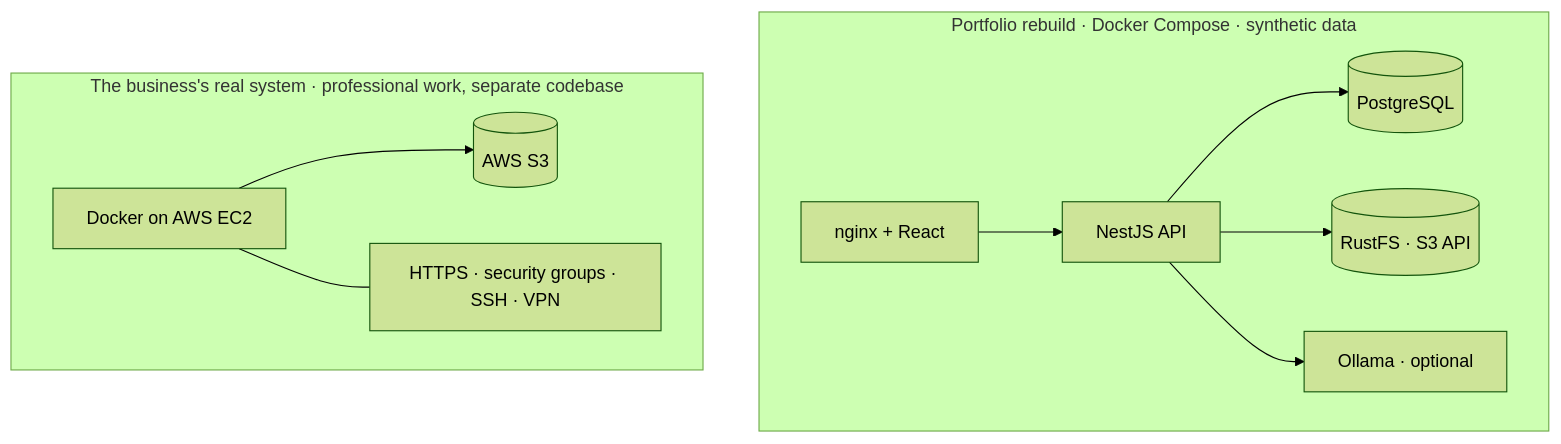
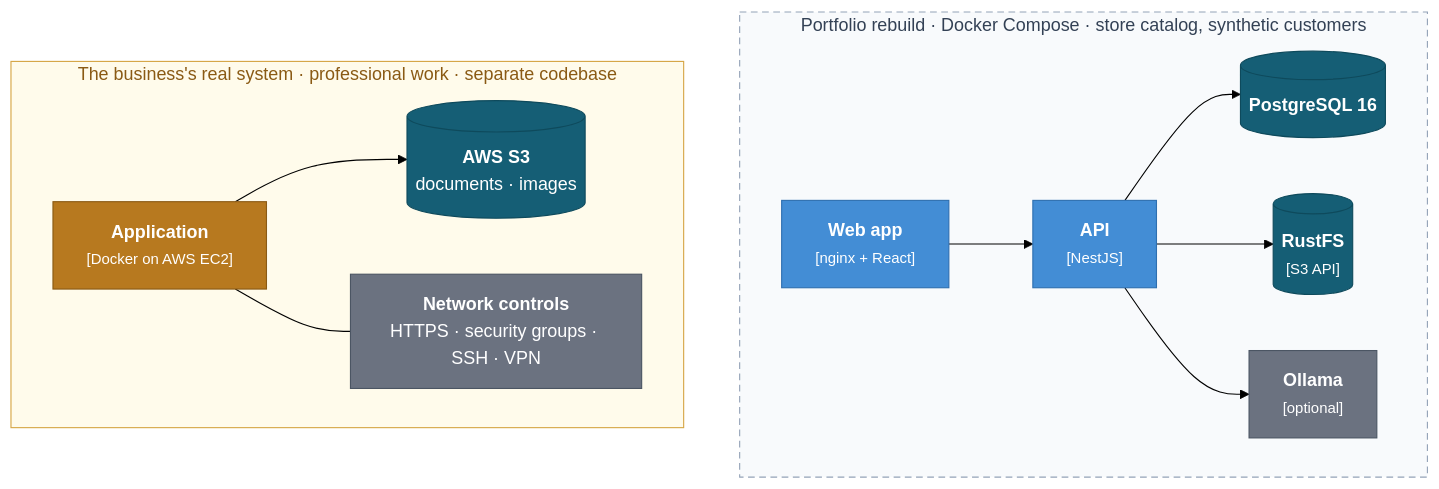
Before and after one commit to vzuliani97/vzuliani97.github.io: the diagram in diagrams/yamesi-deployment.mmd, drawn with Mermaid (forest theme). The commit also changed 12 other files, not shown here.

First line of the commit message:
feat: C4-style architecture diagrams (Mermaid, custom theme) for all three projects

```diff
--- a/diagrams/yamesi-deployment.mmd
+++ b/diagrams/yamesi-deployment.mmd
@@ -1,10 +1,22 @@
 flowchart TB
-  subgraph local["Portfolio rebuild · Docker Compose · synthetic data"]
-    n1["nginx + React"] --> a1["NestJS API"] --> p1[("PostgreSQL")]
-    a1 --> r1[("RustFS · S3 API")]
-    a1 --> o1["Ollama · optional"]
+  subgraph local["Portfolio rebuild · Docker Compose · store catalog, synthetic customers"]
+    direction LR
+    n1["<b>Web app</b><br/><small>[nginx + React]</small>"]:::container --> a1["<b>API</b><br/><small>[NestJS]</small>"]:::container
+    a1 --> p1[("<b>PostgreSQL 16</b>")]:::store
+    a1 --> r1[("<b>RustFS</b><br/><small>[S3 API]</small>")]:::store
+    a1 --> o1["<b>Ollama</b><br/><small>[optional]</small>"]:::external
   end
-  subgraph prod["The business's real system · professional work, separate codebase"]
-    e1["Docker on AWS EC2"] --> s1[("AWS S3")]
-    e1 --- net["HTTPS · security groups · SSH · VPN"]
+  subgraph prod["The business's real system · professional work · separate codebase"]
+    direction LR
+    e1["<b>Application</b><br/><small>[Docker on AWS EC2]</small>"]:::system --> s1[("<b>AWS S3</b><br/>documents · images")]:::store
+    e1 --- net["<b>Network controls</b><br/>HTTPS · security groups · SSH · VPN"]:::external
   end
+
+  classDef person fill:#0b3d75,stroke:#082c55,color:#ffffff
+  classDef container fill:#438dd5,stroke:#2e6fb0,color:#ffffff
+  classDef store fill:#155e75,stroke:#0e4a5c,color:#ffffff
+  classDef external fill:#6b7280,stroke:#4b5563,color:#ffffff
+  classDef planned fill:#ffffff,stroke:#94a3b8,stroke-dasharray:6 4,color:#475569
+  classDef system fill:#b7791f,stroke:#8a5a14,color:#ffffff
+  style local fill:#f8fafc,stroke:#94a3b8,stroke-dasharray:6 4,color:#334155
+  style prod fill:#fffbeb,stroke:#d6a645,color:#8a5a14
```
